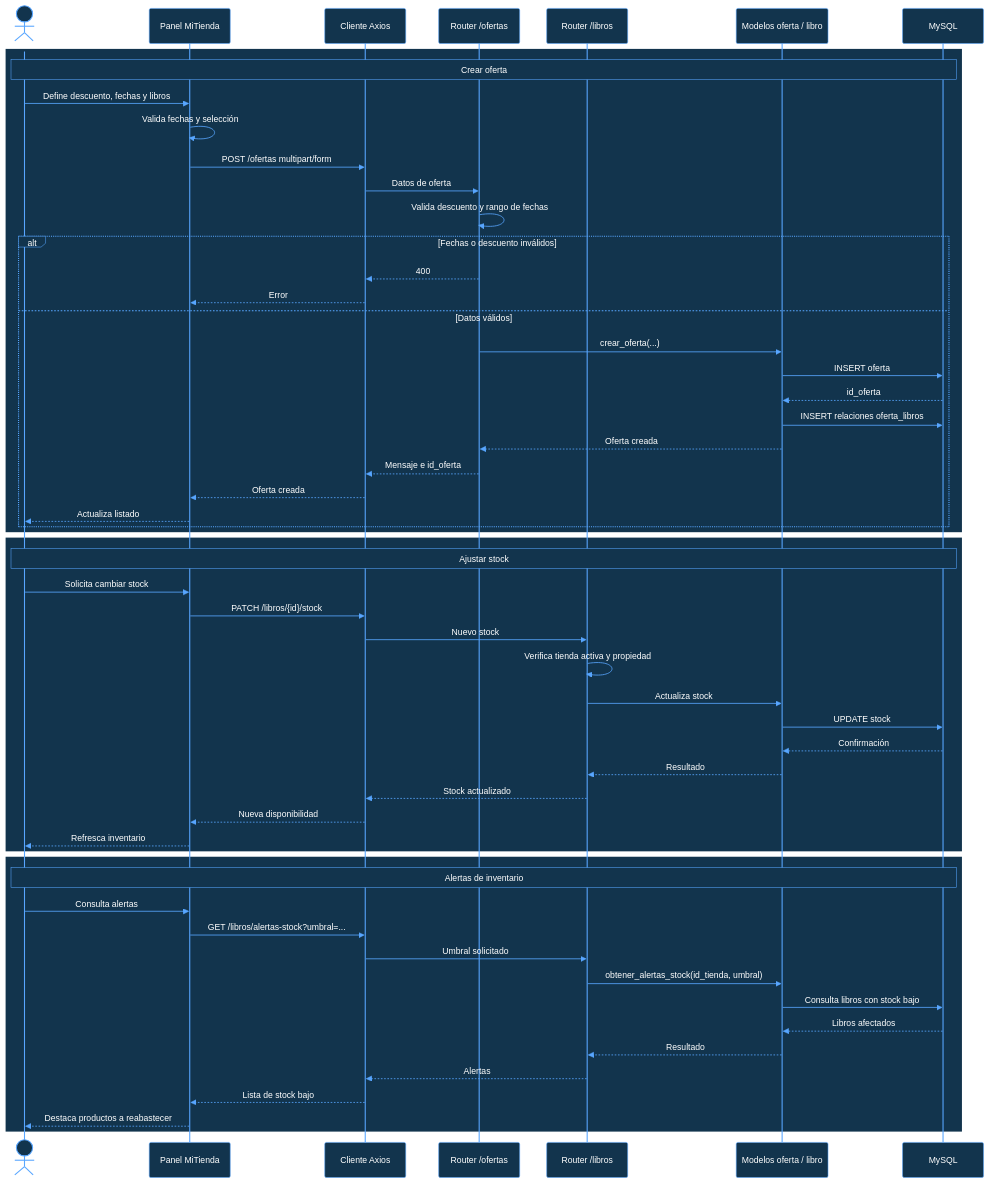
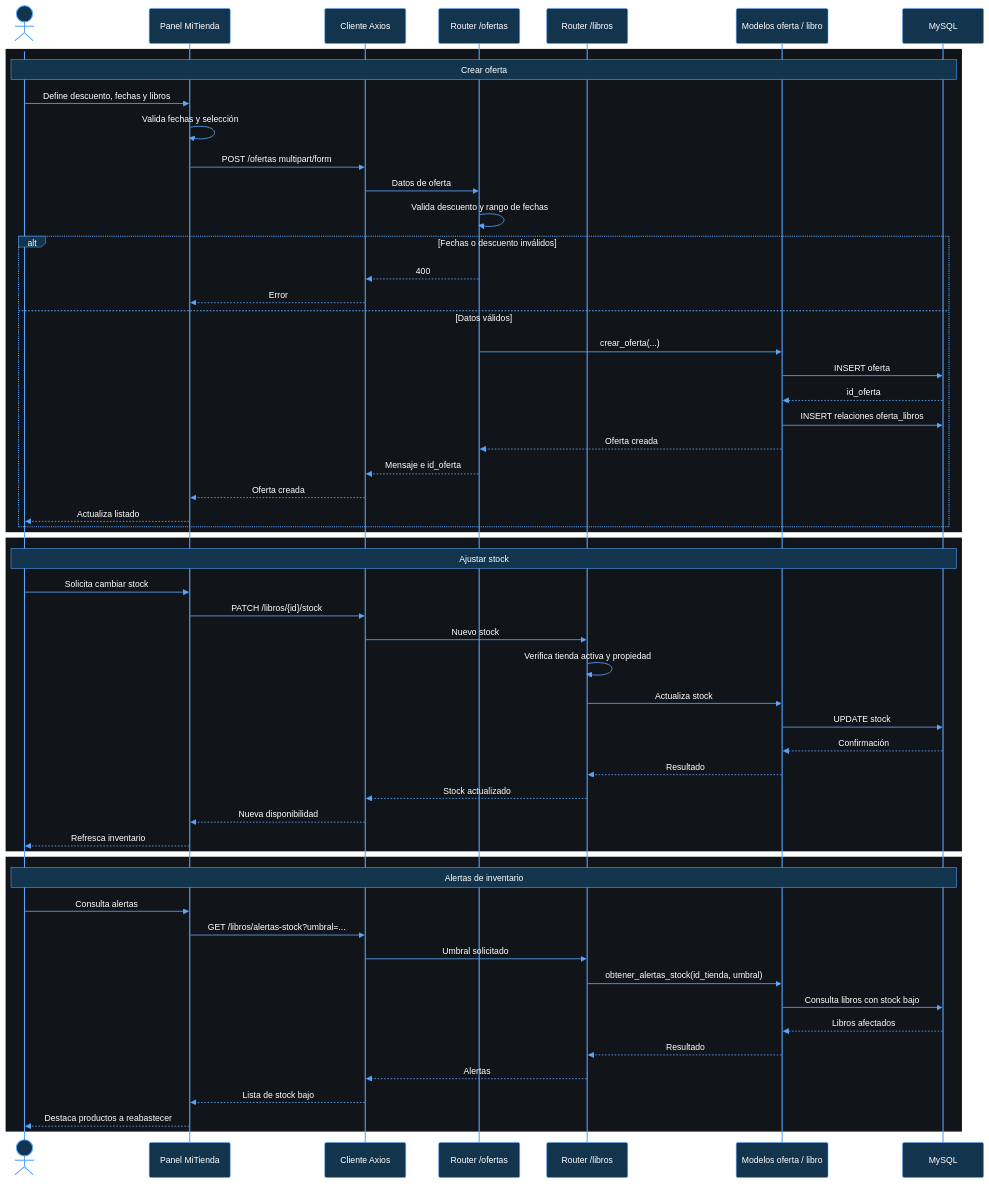
The eighth of 15 diagrams in docs/diagramas-secuencia-bookyhome.md (crisleon93/bookyhome), drawn with Mermaid before and after one commit. The commit also changed other lines of this file and 30 other files, not shown here.

First line of the commit message:
docs: revisa y organiza la documentacion UML de BookyHome

````diff
--- a/docs/diagramas-secuencia-bookyhome.md
+++ b/docs/diagramas-secuencia-bookyhome.md
@@ -423,62 +427,62 @@
 ```mermaid
-%%{init: {"theme":"base","themeVariables":{"background":"#0B1020","primaryColor":"#12344D","primaryTextColor":"#FFFFFF","primaryBorderColor":"#58A6FF","lineColor":"#58A6FF","textColor":"#FFFFFF","actorBkg":"#12344D","actorBorder":"#58A6FF","actorTextColor":"#FFFFFF","actorLineColor":"#58A6FF","signalColor":"#58A6FF","signalTextColor":"#FFFFFF","labelBoxBkgColor":"#12344D","labelBoxBorderColor":"#58A6FF","labelTextColor":"#FFFFFF","loopTextColor":"#FFFFFF","noteBkgColor":"#12344D","noteBorderColor":"#58A6FF","noteTextColor":"#FFFFFF","activationBkgColor":"#12344D","activationBorderColor":"#58A6FF","sequenceNumberColor":"#FFFFFF"}}}%%
+%%{init: {"theme":"base","themeVariables":{"background":"#000000","primaryColor":"#12344D","primaryTextColor":"#FFFFFF","primaryBorderColor":"#58A6FF","lineColor":"#58A6FF","textColor":"#FFFFFF","actorBkg":"#12344D","actorBorder":"#58A6FF","actorTextColor":"#FFFFFF","actorLineColor":"#58A6FF","signalColor":"#58A6FF","signalTextColor":"#FFFFFF","labelBoxBkgColor":"#12344D","labelBoxBorderColor":"#58A6FF","labelTextColor":"#FFFFFF","loopTextColor":"#FFFFFF","noteBkgColor":"#12344D","noteBorderColor":"#58A6FF","noteTextColor":"#FFFFFF","activationBkgColor":"#12344D","activationBorderColor":"#58A6FF","sequenceNumberColor":"#FFFFFF"}}}%%
 sequenceDiagram
     actor Vendedor
     participant UI as Panel MiTienda
     participant Axios as Cliente Axios
     participant Ofertas as Router /ofertas
     participant Libros as Router /libros
     participant Modelo as Modelos oferta / libro
     participant DB as MySQL
 
-    rect rgb(18, 52, 77)
+    rect rgb(17, 20, 24)
     Note over Vendedor,DB: Crear oferta
     Vendedor->>UI: Define descuento, fechas y libros
     UI->>UI: Valida fechas y selección
     UI->>Axios: POST /ofertas multipart/form
     Axios->>Ofertas: Datos de oferta
     Ofertas->>Ofertas: Valida descuento y rango de fechas
     alt Fechas o descuento inválidos
         Ofertas-->>Axios: 400
         Axios-->>UI: Error
     else Datos válidos
         Ofertas->>Modelo: crear_oferta(...)
         Modelo->>DB: INSERT oferta
         DB-->>Modelo: id_oferta
         Modelo->>DB: INSERT relaciones oferta_libros
         Modelo-->>Ofertas: Oferta creada
         Ofertas-->>Axios: Mensaje e id_oferta
         Axios-->>UI: Oferta creada
         UI-->>Vendedor: Actualiza listado
     end
     end
 
-    rect rgb(18, 52, 77)
+    rect rgb(17, 20, 24)
     Note over Vendedor,DB: Ajustar stock
     Vendedor->>UI: Solicita cambiar stock
     UI->>Axios: PATCH /libros/{id}/stock
     Axios->>Libros: Nuevo stock
     Libros->>Libros: Verifica tienda activa y propiedad
     Libros->>Modelo: Actualiza stock
     Modelo->>DB: UPDATE stock
     DB-->>Modelo: Confirmación
     Modelo-->>Libros: Resultado
     Libros-->>Axios: Stock actualizado
     Axios-->>UI: Nueva disponibilidad
     UI-->>Vendedor: Refresca inventario
     end
 
-    rect rgb(18, 52, 77)
+    rect rgb(17, 20, 24)
     Note over Vendedor,DB: Alertas de inventario
     Vendedor->>UI: Consulta alertas
     UI->>Axios: GET /libros/alertas-stock?umbral=...
     Axios->>Libros: Umbral solicitado
     Libros->>Modelo: obtener_alertas_stock(id_tienda, umbral)
     Modelo->>DB: Consulta libros con stock bajo
     DB-->>Modelo: Libros afectados
     Modelo-->>Libros: Resultado
     Libros-->>Axios: Alertas
     Axios-->>UI: Lista de stock bajo
     UI-->>Vendedor: Destaca productos a reabastecer
     end
 ```
````
